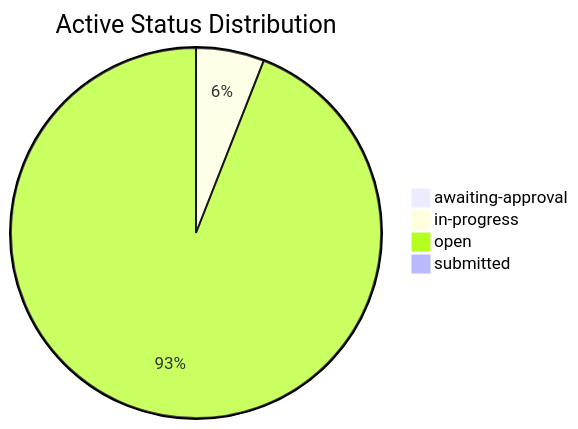
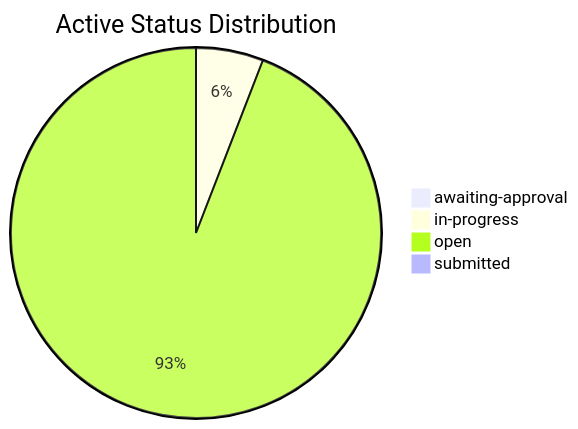
Before and after one commit to mgosal/5et.uk: the second of 3 diagrams in dashboard.md, drawn with Mermaid. The commit also changed other lines of this file and 3 other files, not shown here.

````diff
--- a/dashboard.md
+++ b/dashboard.md
@@ -444,7 +289,7 @@
 ```mermaid
 pie title Active Status Distribution
     "awaiting-approval" : 1
     "in-progress" : 13
-    "open" : 205
+    "open" : 208
     "submitted" : 1
 ```
````
